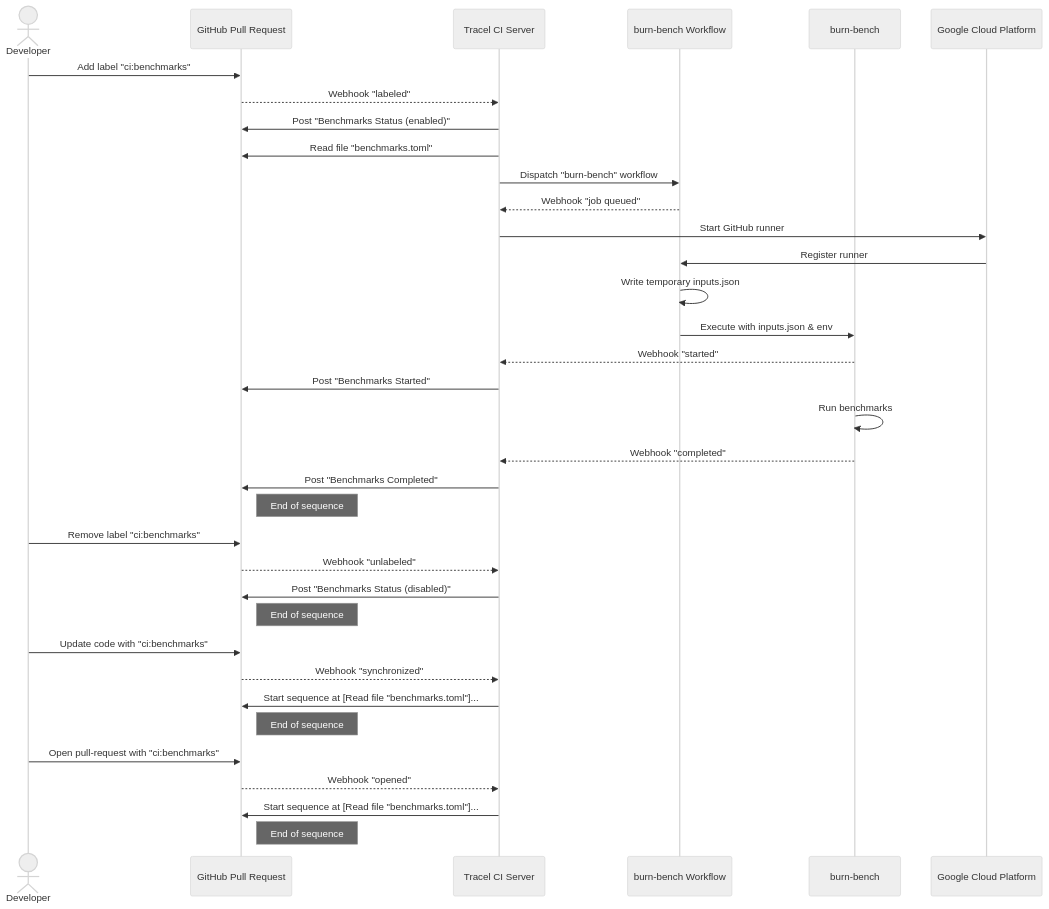
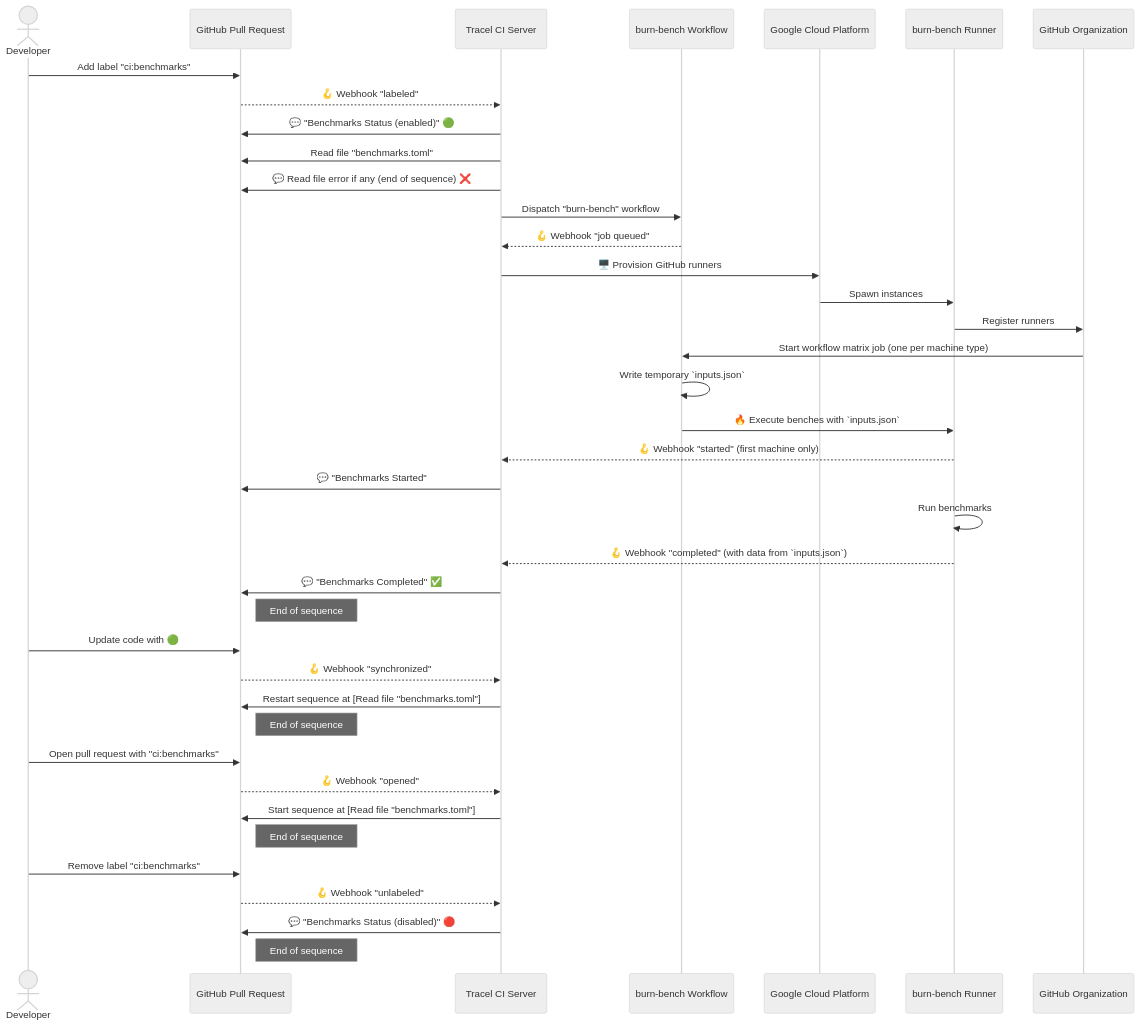
Before and after one commit to tracel-ai/burn-bench: the diagram in README.md, drawn with Mermaid (neutral theme).

Commit message:
doc: Update sequence diagram

````diff
--- a/README.md
+++ b/README.md
@@ -106,38 +106,45 @@
 ```mermaid
 sequenceDiagram
     actor Developer
     participant PR as GitHub Pull Request
     participant CI as Tracel CI Server
     participant W as burn-bench Workflow
-    participant BB as burn-bench
     participant GCP as Google Cloud Platform
+    participant BB as burn-bench Runner
+    participant ORG as GitHub Organization
 
     Developer->>PR: Add label "ci:benchmarks"
-    PR-->>CI: Webhook "labeled"
-    CI->>PR: Post "Benchmarks Status (enabled)"
+    PR-->>CI: 🪝 Webhook "labeled"
+    CI->>PR: 💬 "Benchmarks Status (enabled)" 🟢
     CI->>PR: Read file "benchmarks.toml"
+    CI->>PR: 💬 Read file error if any (end of sequence) ❌
     CI->>W: Dispatch "burn-bench" workflow
-    W-->>CI: Webhook "job queued"
-    CI->>GCP: Start GitHub runner
-    GCP->>W: Register runner
-    W->>W: Write temporary inputs.json
-    W->>BB: Execute with inputs.json & env
-    BB-->>CI: Webhook "started"
-    CI->>PR: Post "Benchmarks Started"
+    W-->>CI: 🪝 Webhook "job queued"
+    CI->>GCP: 🖥️ Provision GitHub runners
+    GCP->>BB: Spawn instances
+    BB->>ORG: Register runners
+    ORG->>W: Start workflow matrix job (one per machine type)
+    W->>W: Write temporary `inputs.json`
+    W->>BB: 🔥 Execute benches with `inputs.json`
+    BB-->>CI: 🪝 Webhook "started" (first machine only)
+    CI->>PR: 💬 "Benchmarks Started"
     BB->>BB: Run benchmarks
-    BB-->>CI: Webhook "completed"
-    CI->>PR: Post "Benchmarks Completed"
+    BB-->>CI: 🪝 Webhook "completed" (with data from `inputs.json`)
+    CI->>PR: 💬 "Benchmarks Completed" ✅
     Note right of PR: End of sequence
+
+    Developer->>PR: Update code with 🟢
+    PR-->>CI: 🪝 Webhook "synchronized"
+    CI->>PR: Restart sequence at [Read file "benchmarks.toml"]
+    Note right of PR: End of sequence
+
+    Developer->>PR: Open pull request with "ci:benchmarks"
+    PR-->>CI: 🪝 Webhook "opened"
+    CI->>PR: Start sequence at [Read file "benchmarks.toml"]
+    Note right of PR: End of sequence
+
     Developer->>PR: Remove label "ci:benchmarks"
-    PR-->>CI: Webhook "unlabeled"
-    CI->>PR: Post "Benchmarks Status (disabled)"
-    Note right of PR: End of sequence
-    Developer->>PR: Update code with "ci:benchmarks"
-    PR-->>CI: Webhook "synchronized"
-    CI->>PR: Start sequence at [Read file "benchmarks.toml"]...
-    Note right of PR: End of sequence
-    Developer->>PR: Open pull-request with "ci:benchmarks"
-    PR-->>CI: Webhook "opened"
-    CI->>PR: Start sequence at [Read file "benchmarks.toml"]...
+    PR-->>CI: 🪝 Webhook "unlabeled"
+    CI->>PR: 💬 "Benchmarks Status (disabled)" 🔴
     Note right of PR: End of sequence
 ```
````
